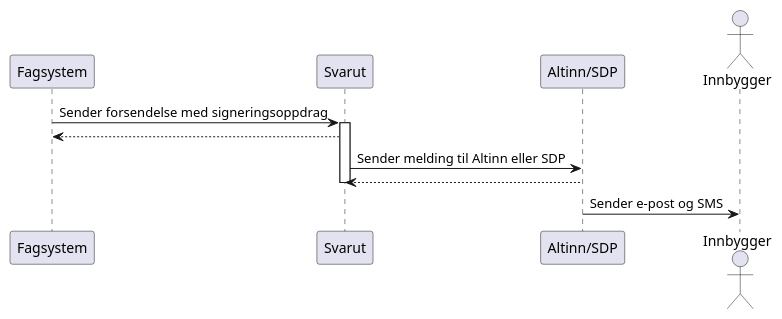
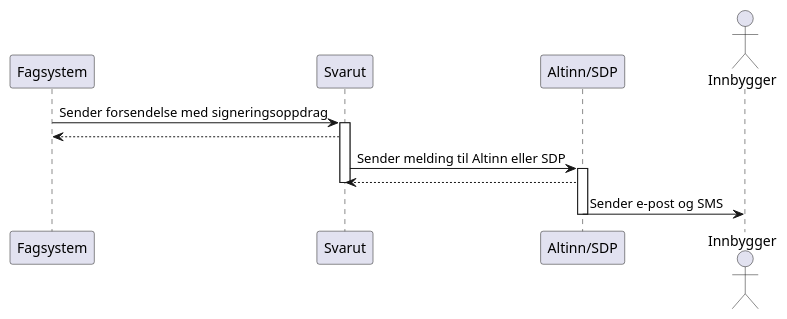
The diagram in signering/puml/fagsystem.puml (ks-no/svarut-dokumentasjon), drawn with PlantUML before and after one commit.

```diff
--- a/signering/puml/fagsystem.puml
+++ b/signering/puml/fagsystem.puml
@@ -1,13 +1,15 @@
 @startuml
 participant Fagsystem
 participant Svarut
 participant SDP as "Altinn/SDP"
 actor Innbygger
- Fagsystem -> Svarut : Sender forsendelse med signeringsoppdrag
- Activate Svarut
-  Svarut --> Fagsystem :
-  Svarut -> SDP : Sender melding til Altinn eller SDP
-  SDP --> Svarut:
- Deactivate Svarut
- SDP -> Innbygger : Sender e-post og SMS
+Fagsystem -> Svarut : Sender forsendelse med signeringsoppdrag
+Activate Svarut
+Svarut --> Fagsystem :
+Svarut -> SDP : Sender melding til Altinn eller SDP
+Activate SDP
+SDP --> Svarut:
+Deactivate Svarut
+SDP -> Innbygger : Sender e-post og SMS
+Deactivate SDP
 @enduml
```
